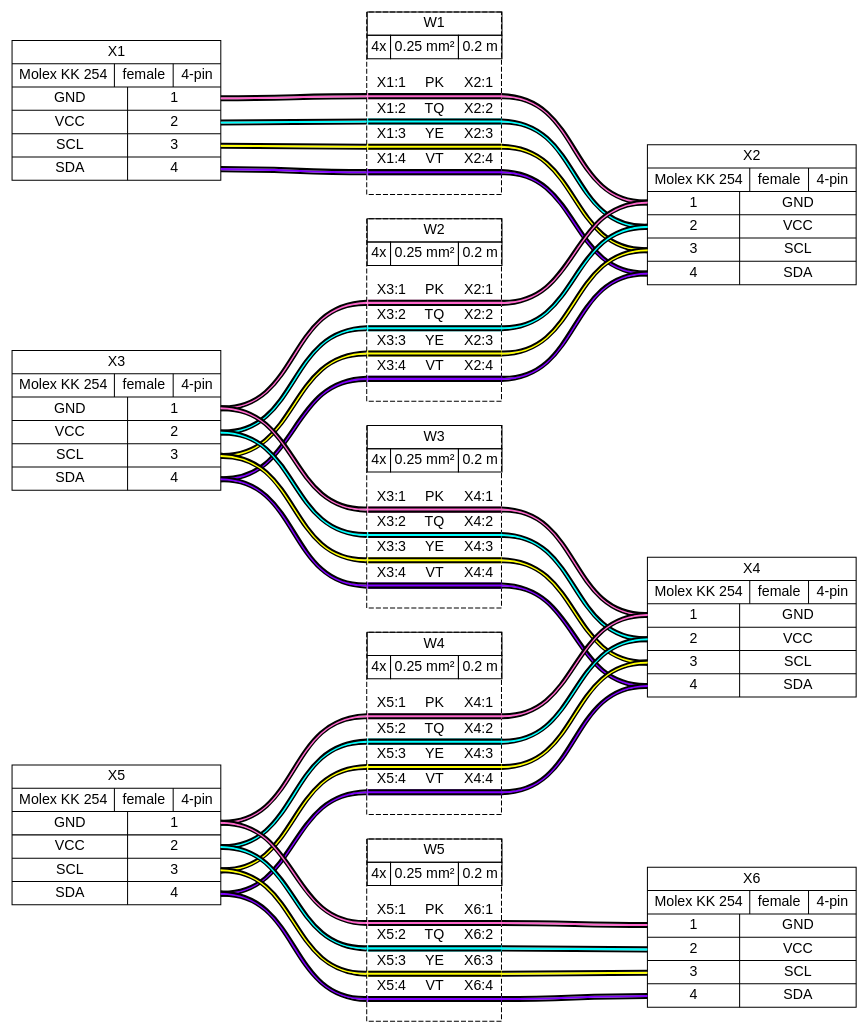
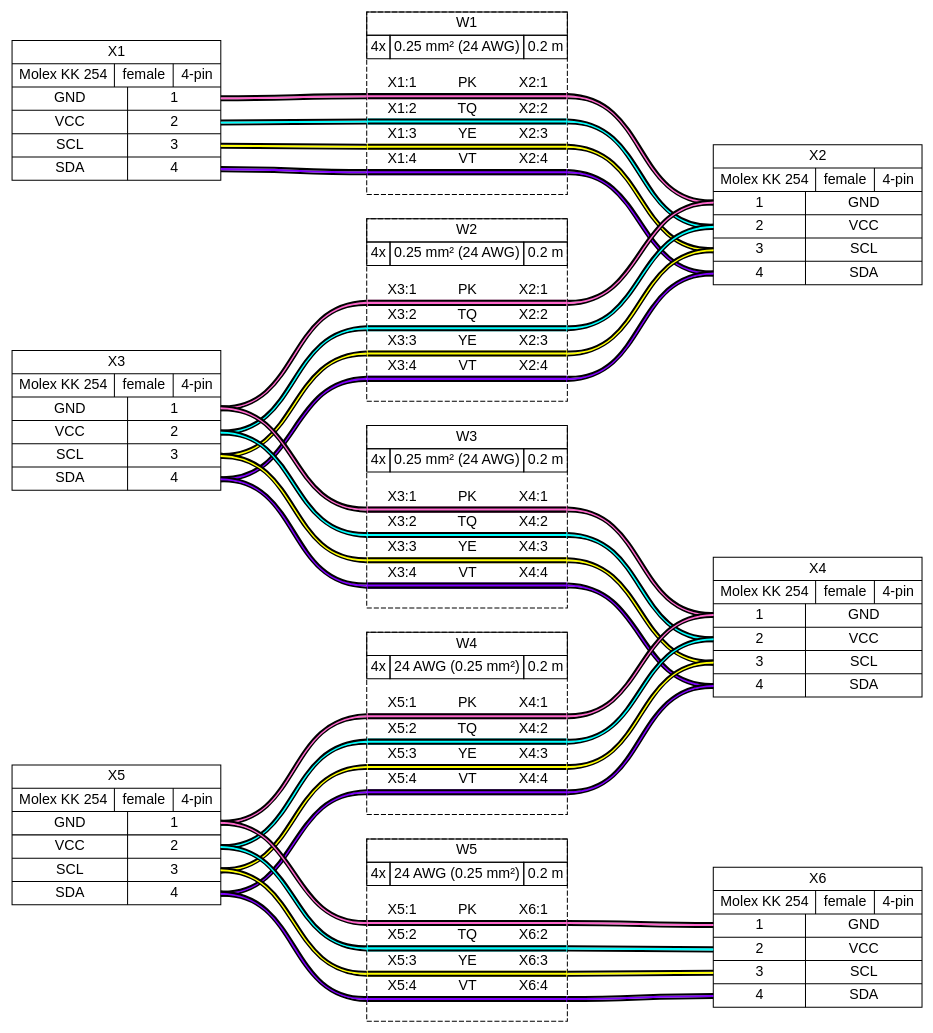
The diagram in examples/ex06.gv (wireviz/WireViz), drawn with Graphviz before and after one commit. The commit also changed 5 other files, not shown here.

```diff
--- a/examples/ex06.gv
+++ b/examples/ex06.gv
@@ -1,78 +1,78 @@
 graph {
 // Graph generated by WireViz
 // https://github.com/formatc1702/WireViz
 	graph [bgcolor=white fontname=arial nodesep=0.33 rankdir=LR ranksep=2]
 	node [fillcolor=white fontname=arial shape=record style=filled]
 	edge [fontname=arial style=bold]
 	X1 [label="X1|{Molex KK 254|female|4-pin}|{{GND|VCC|SCL|SDA}|{<p1r>1|<p2r>2|<p3r>3|<p4r>4}}"]
 	X2 [label="X2|{Molex KK 254|female|4-pin}|{{<p1l>1|<p2l>2|<p3l>3|<p4l>4}|{GND|VCC|SCL|SDA}}"]
 	X3 [label="X3|{Molex KK 254|female|4-pin}|{{GND|VCC|SCL|SDA}|{<p1r>1|<p2r>2|<p3r>3|<p4r>4}}"]
 	X4 [label="X4|{Molex KK 254|female|4-pin}|{{<p1l>1|<p2l>2|<p3l>3|<p4l>4}|{GND|VCC|SCL|SDA}}"]
 	X5 [label="X5|{Molex KK 254|female|4-pin}|{{GND|VCC|SCL|SDA}|{<p1r>1|<p2r>2|<p3r>3|<p4r>4}}"]
 	X6 [label="X6|{Molex KK 254|female|4-pin}|{{<p1l>1|<p2l>2|<p3l>3|<p4l>4}|{GND|VCC|SCL|SDA}}"]
 	edge [color="#000000:#ff66cc:#000000"]
 	X1:p1r:e -- W1:w1:w
 	W1:w1:e -- X2:p1l:w
 	edge [color="#000000:#00ffff:#000000"]
 	X1:p2r:e -- W1:w2:w
 	W1:w2:e -- X2:p2l:w
 	edge [color="#000000:#ffff00:#000000"]
 	X1:p3r:e -- W1:w3:w
 	W1:w3:e -- X2:p3l:w
 	edge [color="#000000:#8000ff:#000000"]
 	X1:p4r:e -- W1:w4:w
 	W1:w4:e -- X2:p4l:w
-	W1 [label=<<table border="0" cellspacing="0" cellpadding="0"><tr><td><table border="0" cellspacing="0" cellpadding="3" cellborder="1"><tr><td colspan="3">W1</td></tr><tr><td>4x</td><td>0.25 mm²</td><td>0.2 m</td></tr></table></td></tr><tr><td>&nbsp;</td></tr><tr><td><table border="0" cellspacing="0" cellborder="0"><tr><td>X1:1</td><td>PK</td><td>X2:1</td></tr><tr><td colspan="3" cellpadding="0" height="6" bgcolor="#ff66cc" border="2" sides="tb" port="w1"></td></tr><tr><td>X1:2</td><td>TQ</td><td>X2:2</td></tr><tr><td colspan="3" cellpadding="0" height="6" bgcolor="#00ffff" border="2" sides="tb" port="w2"></td></tr><tr><td>X1:3</td><td>YE</td><td>X2:3</td></tr><tr><td colspan="3" cellpadding="0" height="6" bgcolor="#ffff00" border="2" sides="tb" port="w3"></td></tr><tr><td>X1:4</td><td>VT</td><td>X2:4</td></tr><tr><td colspan="3" cellpadding="0" height="6" bgcolor="#8000ff" border="2" sides="tb" port="w4"></td></tr><tr><td>&nbsp;</td></tr></table></td></tr></table>> fillcolor=white margin=0 shape=box style="filled,dashed"]
+	W1 [label=<<table border="0" cellspacing="0" cellpadding="0"><tr><td><table border="0" cellspacing="0" cellpadding="3" cellborder="1"><tr><td colspan="3">W1</td></tr><tr><td>4x</td><td>0.25 mm² (24 AWG)</td><td>0.2 m</td></tr></table></td></tr><tr><td>&nbsp;</td></tr><tr><td><table border="0" cellspacing="0" cellborder="0"><tr><td>X1:1</td><td>PK</td><td>X2:1</td></tr><tr><td colspan="3" cellpadding="0" height="6" bgcolor="#ff66cc" border="2" sides="tb" port="w1"></td></tr><tr><td>X1:2</td><td>TQ</td><td>X2:2</td></tr><tr><td colspan="3" cellpadding="0" height="6" bgcolor="#00ffff" border="2" sides="tb" port="w2"></td></tr><tr><td>X1:3</td><td>YE</td><td>X2:3</td></tr><tr><td colspan="3" cellpadding="0" height="6" bgcolor="#ffff00" border="2" sides="tb" port="w3"></td></tr><tr><td>X1:4</td><td>VT</td><td>X2:4</td></tr><tr><td colspan="3" cellpadding="0" height="6" bgcolor="#8000ff" border="2" sides="tb" port="w4"></td></tr><tr><td>&nbsp;</td></tr></table></td></tr></table>> fillcolor=white margin=0 shape=box style="filled,dashed"]
 	edge [color="#000000:#ff66cc:#000000"]
 	X3:p1r:e -- W2:w1:w
 	W2:w1:e -- X2:p1l:w
 	edge [color="#000000:#00ffff:#000000"]
 	X3:p2r:e -- W2:w2:w
 	W2:w2:e -- X2:p2l:w
 	edge [color="#000000:#ffff00:#000000"]
 	X3:p3r:e -- W2:w3:w
 	W2:w3:e -- X2:p3l:w
 	edge [color="#000000:#8000ff:#000000"]
 	X3:p4r:e -- W2:w4:w
 	W2:w4:e -- X2:p4l:w
-	W2 [label=<<table border="0" cellspacing="0" cellpadding="0"><tr><td><table border="0" cellspacing="0" cellpadding="3" cellborder="1"><tr><td colspan="3">W2</td></tr><tr><td>4x</td><td>0.25 mm²</td><td>0.2 m</td></tr></table></td></tr><tr><td>&nbsp;</td></tr><tr><td><table border="0" cellspacing="0" cellborder="0"><tr><td>X3:1</td><td>PK</td><td>X2:1</td></tr><tr><td colspan="3" cellpadding="0" height="6" bgcolor="#ff66cc" border="2" sides="tb" port="w1"></td></tr><tr><td>X3:2</td><td>TQ</td><td>X2:2</td></tr><tr><td colspan="3" cellpadding="0" height="6" bgcolor="#00ffff" border="2" sides="tb" port="w2"></td></tr><tr><td>X3:3</td><td>YE</td><td>X2:3</td></tr><tr><td colspan="3" cellpadding="0" height="6" bgcolor="#ffff00" border="2" sides="tb" port="w3"></td></tr><tr><td>X3:4</td><td>VT</td><td>X2:4</td></tr><tr><td colspan="3" cellpadding="0" height="6" bgcolor="#8000ff" border="2" sides="tb" port="w4"></td></tr><tr><td>&nbsp;</td></tr></table></td></tr></table>> fillcolor=white margin=0 shape=box style="filled,dashed"]
+	W2 [label=<<table border="0" cellspacing="0" cellpadding="0"><tr><td><table border="0" cellspacing="0" cellpadding="3" cellborder="1"><tr><td colspan="3">W2</td></tr><tr><td>4x</td><td>0.25 mm² (24 AWG)</td><td>0.2 m</td></tr></table></td></tr><tr><td>&nbsp;</td></tr><tr><td><table border="0" cellspacing="0" cellborder="0"><tr><td>X3:1</td><td>PK</td><td>X2:1</td></tr><tr><td colspan="3" cellpadding="0" height="6" bgcolor="#ff66cc" border="2" sides="tb" port="w1"></td></tr><tr><td>X3:2</td><td>TQ</td><td>X2:2</td></tr><tr><td colspan="3" cellpadding="0" height="6" bgcolor="#00ffff" border="2" sides="tb" port="w2"></td></tr><tr><td>X3:3</td><td>YE</td><td>X2:3</td></tr><tr><td colspan="3" cellpadding="0" height="6" bgcolor="#ffff00" border="2" sides="tb" port="w3"></td></tr><tr><td>X3:4</td><td>VT</td><td>X2:4</td></tr><tr><td colspan="3" cellpadding="0" height="6" bgcolor="#8000ff" border="2" sides="tb" port="w4"></td></tr><tr><td>&nbsp;</td></tr></table></td></tr></table>> fillcolor=white margin=0 shape=box style="filled,dashed"]
 	edge [color="#000000:#ff66cc:#000000"]
 	X3:p1r:e -- W3:w1:w
 	W3:w1:e -- X4:p1l:w
 	edge [color="#000000:#00ffff:#000000"]
 	X3:p2r:e -- W3:w2:w
 	W3:w2:e -- X4:p2l:w
 	edge [color="#000000:#ffff00:#000000"]
 	X3:p3r:e -- W3:w3:w
 	W3:w3:e -- X4:p3l:w
 	edge [color="#000000:#8000ff:#000000"]
 	X3:p4r:e -- W3:w4:w
 	W3:w4:e -- X4:p4l:w
-	W3 [label=<<table border="0" cellspacing="0" cellpadding="0"><tr><td><table border="0" cellspacing="0" cellpadding="3" cellborder="1"><tr><td colspan="3">W3</td></tr><tr><td>4x</td><td>0.25 mm²</td><td>0.2 m</td></tr></table></td></tr><tr><td>&nbsp;</td></tr><tr><td><table border="0" cellspacing="0" cellborder="0"><tr><td>X3:1</td><td>PK</td><td>X4:1</td></tr><tr><td colspan="3" cellpadding="0" height="6" bgcolor="#ff66cc" border="2" sides="tb" port="w1"></td></tr><tr><td>X3:2</td><td>TQ</td><td>X4:2</td></tr><tr><td colspan="3" cellpadding="0" height="6" bgcolor="#00ffff" border="2" sides="tb" port="w2"></td></tr><tr><td>X3:3</td><td>YE</td><td>X4:3</td></tr><tr><td colspan="3" cellpadding="0" height="6" bgcolor="#ffff00" border="2" sides="tb" port="w3"></td></tr><tr><td>X3:4</td><td>VT</td><td>X4:4</td></tr><tr><td colspan="3" cellpadding="0" height="6" bgcolor="#8000ff" border="2" sides="tb" port="w4"></td></tr><tr><td>&nbsp;</td></tr></table></td></tr></table>> fillcolor=white margin=0 shape=box style="filled,dashed"]
+	W3 [label=<<table border="0" cellspacing="0" cellpadding="0"><tr><td><table border="0" cellspacing="0" cellpadding="3" cellborder="1"><tr><td colspan="3">W3</td></tr><tr><td>4x</td><td>0.25 mm² (24 AWG)</td><td>0.2 m</td></tr></table></td></tr><tr><td>&nbsp;</td></tr><tr><td><table border="0" cellspacing="0" cellborder="0"><tr><td>X3:1</td><td>PK</td><td>X4:1</td></tr><tr><td colspan="3" cellpadding="0" height="6" bgcolor="#ff66cc" border="2" sides="tb" port="w1"></td></tr><tr><td>X3:2</td><td>TQ</td><td>X4:2</td></tr><tr><td colspan="3" cellpadding="0" height="6" bgcolor="#00ffff" border="2" sides="tb" port="w2"></td></tr><tr><td>X3:3</td><td>YE</td><td>X4:3</td></tr><tr><td colspan="3" cellpadding="0" height="6" bgcolor="#ffff00" border="2" sides="tb" port="w3"></td></tr><tr><td>X3:4</td><td>VT</td><td>X4:4</td></tr><tr><td colspan="3" cellpadding="0" height="6" bgcolor="#8000ff" border="2" sides="tb" port="w4"></td></tr><tr><td>&nbsp;</td></tr></table></td></tr></table>> fillcolor=white margin=0 shape=box style="filled,dashed"]
 	edge [color="#000000:#ff66cc:#000000"]
 	X5:p1r:e -- W4:w1:w
 	W4:w1:e -- X4:p1l:w
 	edge [color="#000000:#00ffff:#000000"]
 	X5:p2r:e -- W4:w2:w
 	W4:w2:e -- X4:p2l:w
 	edge [color="#000000:#ffff00:#000000"]
 	X5:p3r:e -- W4:w3:w
 	W4:w3:e -- X4:p3l:w
 	edge [color="#000000:#8000ff:#000000"]
 	X5:p4r:e -- W4:w4:w
 	W4:w4:e -- X4:p4l:w
-	W4 [label=<<table border="0" cellspacing="0" cellpadding="0"><tr><td><table border="0" cellspacing="0" cellpadding="3" cellborder="1"><tr><td colspan="3">W4</td></tr><tr><td>4x</td><td>0.25 mm²</td><td>0.2 m</td></tr></table></td></tr><tr><td>&nbsp;</td></tr><tr><td><table border="0" cellspacing="0" cellborder="0"><tr><td>X5:1</td><td>PK</td><td>X4:1</td></tr><tr><td colspan="3" cellpadding="0" height="6" bgcolor="#ff66cc" border="2" sides="tb" port="w1"></td></tr><tr><td>X5:2</td><td>TQ</td><td>X4:2</td></tr><tr><td colspan="3" cellpadding="0" height="6" bgcolor="#00ffff" border="2" sides="tb" port="w2"></td></tr><tr><td>X5:3</td><td>YE</td><td>X4:3</td></tr><tr><td colspan="3" cellpadding="0" height="6" bgcolor="#ffff00" border="2" sides="tb" port="w3"></td></tr><tr><td>X5:4</td><td>VT</td><td>X4:4</td></tr><tr><td colspan="3" cellpadding="0" height="6" bgcolor="#8000ff" border="2" sides="tb" port="w4"></td></tr><tr><td>&nbsp;</td></tr></table></td></tr></table>> fillcolor=white margin=0 shape=box style="filled,dashed"]
+	W4 [label=<<table border="0" cellspacing="0" cellpadding="0"><tr><td><table border="0" cellspacing="0" cellpadding="3" cellborder="1"><tr><td colspan="3">W4</td></tr><tr><td>4x</td><td>24 AWG (0.25 mm²)</td><td>0.2 m</td></tr></table></td></tr><tr><td>&nbsp;</td></tr><tr><td><table border="0" cellspacing="0" cellborder="0"><tr><td>X5:1</td><td>PK</td><td>X4:1</td></tr><tr><td colspan="3" cellpadding="0" height="6" bgcolor="#ff66cc" border="2" sides="tb" port="w1"></td></tr><tr><td>X5:2</td><td>TQ</td><td>X4:2</td></tr><tr><td colspan="3" cellpadding="0" height="6" bgcolor="#00ffff" border="2" sides="tb" port="w2"></td></tr><tr><td>X5:3</td><td>YE</td><td>X4:3</td></tr><tr><td colspan="3" cellpadding="0" height="6" bgcolor="#ffff00" border="2" sides="tb" port="w3"></td></tr><tr><td>X5:4</td><td>VT</td><td>X4:4</td></tr><tr><td colspan="3" cellpadding="0" height="6" bgcolor="#8000ff" border="2" sides="tb" port="w4"></td></tr><tr><td>&nbsp;</td></tr></table></td></tr></table>> fillcolor=white margin=0 shape=box style="filled,dashed"]
 	edge [color="#000000:#ff66cc:#000000"]
 	X5:p1r:e -- W5:w1:w
 	W5:w1:e -- X6:p1l:w
 	edge [color="#000000:#00ffff:#000000"]
 	X5:p2r:e -- W5:w2:w
 	W5:w2:e -- X6:p2l:w
 	edge [color="#000000:#ffff00:#000000"]
 	X5:p3r:e -- W5:w3:w
 	W5:w3:e -- X6:p3l:w
 	edge [color="#000000:#8000ff:#000000"]
 	X5:p4r:e -- W5:w4:w
 	W5:w4:e -- X6:p4l:w
-	W5 [label=<<table border="0" cellspacing="0" cellpadding="0"><tr><td><table border="0" cellspacing="0" cellpadding="3" cellborder="1"><tr><td colspan="3">W5</td></tr><tr><td>4x</td><td>0.25 mm²</td><td>0.2 m</td></tr></table></td></tr><tr><td>&nbsp;</td></tr><tr><td><table border="0" cellspacing="0" cellborder="0"><tr><td>X5:1</td><td>PK</td><td>X6:1</td></tr><tr><td colspan="3" cellpadding="0" height="6" bgcolor="#ff66cc" border="2" sides="tb" port="w1"></td></tr><tr><td>X5:2</td><td>TQ</td><td>X6:2</td></tr><tr><td colspan="3" cellpadding="0" height="6" bgcolor="#00ffff" border="2" sides="tb" port="w2"></td></tr><tr><td>X5:3</td><td>YE</td><td>X6:3</td></tr><tr><td colspan="3" cellpadding="0" height="6" bgcolor="#ffff00" border="2" sides="tb" port="w3"></td></tr><tr><td>X5:4</td><td>VT</td><td>X6:4</td></tr><tr><td colspan="3" cellpadding="0" height="6" bgcolor="#8000ff" border="2" sides="tb" port="w4"></td></tr><tr><td>&nbsp;</td></tr></table></td></tr></table>> fillcolor=white margin=0 shape=box style="filled,dashed"]
+	W5 [label=<<table border="0" cellspacing="0" cellpadding="0"><tr><td><table border="0" cellspacing="0" cellpadding="3" cellborder="1"><tr><td colspan="3">W5</td></tr><tr><td>4x</td><td>24 AWG (0.25 mm²)</td><td>0.2 m</td></tr></table></td></tr><tr><td>&nbsp;</td></tr><tr><td><table border="0" cellspacing="0" cellborder="0"><tr><td>X5:1</td><td>PK</td><td>X6:1</td></tr><tr><td colspan="3" cellpadding="0" height="6" bgcolor="#ff66cc" border="2" sides="tb" port="w1"></td></tr><tr><td>X5:2</td><td>TQ</td><td>X6:2</td></tr><tr><td colspan="3" cellpadding="0" height="6" bgcolor="#00ffff" border="2" sides="tb" port="w2"></td></tr><tr><td>X5:3</td><td>YE</td><td>X6:3</td></tr><tr><td colspan="3" cellpadding="0" height="6" bgcolor="#ffff00" border="2" sides="tb" port="w3"></td></tr><tr><td>X5:4</td><td>VT</td><td>X6:4</td></tr><tr><td colspan="3" cellpadding="0" height="6" bgcolor="#8000ff" border="2" sides="tb" port="w4"></td></tr><tr><td>&nbsp;</td></tr></table></td></tr></table>> fillcolor=white margin=0 shape=box style="filled,dashed"]
 }
```
